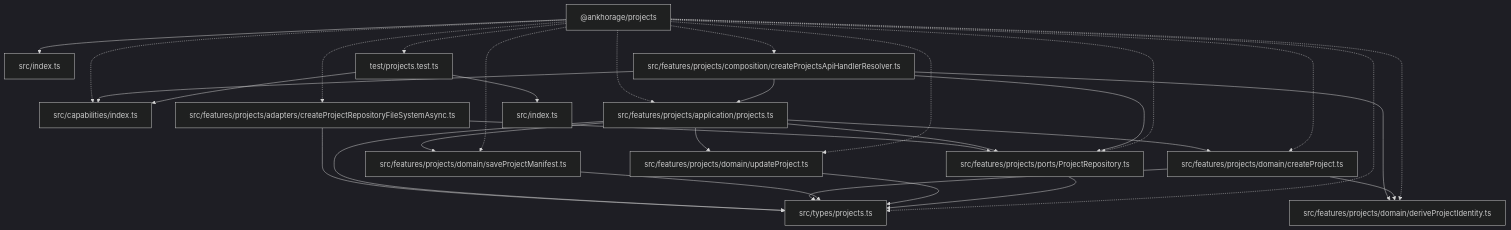
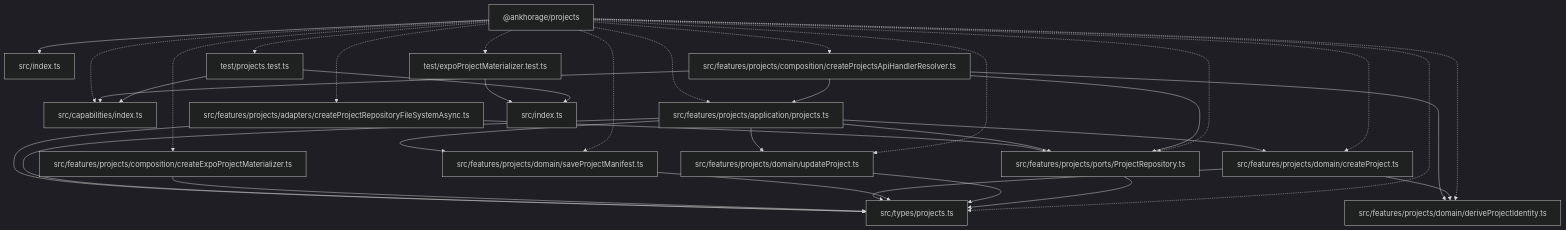
Before and after one commit to ankhorage/projects: the diagram in paradox/diagrams/architecture-overview.mmd, drawn with Mermaid (dark theme). The commit also changed 12 other files, not shown here.

```diff
--- a/paradox/diagrams/architecture-overview.mmd
+++ b/paradox/diagrams/architecture-overview.mmd
@@ -1,45 +1,51 @@
 graph TD
   package__ankhorage_projects["@ankhorage/projects"]
   entrypoint_src_index_ts["src/index.ts"]
   package__ankhorage_projects --> entrypoint_src_index_ts
   module_src_capabilities_index_ts["src/capabilities/index.ts"]
   package__ankhorage_projects -.-> module_src_capabilities_index_ts
   module_src_features_projects_adapters_createProjectRepositoryFileSystemAsync_ts["src/features/projects/adapters/createProjectRepositoryFileSystemAsync.ts"]
   package__ankhorage_projects -.-> module_src_features_projects_adapters_createProjectRepositoryFileSystemAsync_ts
   module_src_features_projects_adapters_createProjectRepositoryFileSystemAsync_ts --> module_src_features_projects_ports_ProjectRepository_ts
   module_src_features_projects_adapters_createProjectRepositoryFileSystemAsync_ts --> module_src_types_projects_ts
   module_src_features_projects_application_projects_ts["src/features/projects/application/projects.ts"]
   package__ankhorage_projects -.-> module_src_features_projects_application_projects_ts
   module_src_features_projects_application_projects_ts --> module_src_features_projects_domain_createProject_ts
   module_src_features_projects_application_projects_ts --> module_src_features_projects_domain_saveProjectManifest_ts
   module_src_features_projects_application_projects_ts --> module_src_features_projects_domain_updateProject_ts
   module_src_features_projects_application_projects_ts --> module_src_features_projects_ports_ProjectRepository_ts
   module_src_features_projects_application_projects_ts --> module_src_types_projects_ts
+  module_src_features_projects_composition_createExpoProjectMaterializer_ts["src/features/projects/composition/createExpoProjectMaterializer.ts"]
+  package__ankhorage_projects -.-> module_src_features_projects_composition_createExpoProjectMaterializer_ts
+  module_src_features_projects_composition_createExpoProjectMaterializer_ts --> module_src_types_projects_ts
   module_src_features_projects_composition_createProjectsApiHandlerResolver_ts["src/features/projects/composition/createProjectsApiHandlerResolver.ts"]
   package__ankhorage_projects -.-> module_src_features_projects_composition_createProjectsApiHandlerResolver_ts
   module_src_features_projects_composition_createProjectsApiHandlerResolver_ts --> module_src_capabilities_index_ts
   module_src_features_projects_composition_createProjectsApiHandlerResolver_ts --> module_src_features_projects_application_projects_ts
   module_src_features_projects_composition_createProjectsApiHandlerResolver_ts --> module_src_features_projects_domain_deriveProjectIdentity_ts
   module_src_features_projects_composition_createProjectsApiHandlerResolver_ts --> module_src_features_projects_ports_ProjectRepository_ts
   module_src_features_projects_domain_createProject_ts["src/features/projects/domain/createProject.ts"]
   package__ankhorage_projects -.-> module_src_features_projects_domain_createProject_ts
   module_src_features_projects_domain_createProject_ts --> module_src_features_projects_domain_deriveProjectIdentity_ts
   module_src_features_projects_domain_createProject_ts --> module_src_types_projects_ts
   module_src_features_projects_domain_deriveProjectIdentity_ts["src/features/projects/domain/deriveProjectIdentity.ts"]
   package__ankhorage_projects -.-> module_src_features_projects_domain_deriveProjectIdentity_ts
   module_src_features_projects_domain_saveProjectManifest_ts["src/features/projects/domain/saveProjectManifest.ts"]
   package__ankhorage_projects -.-> module_src_features_projects_domain_saveProjectManifest_ts
   module_src_features_projects_domain_saveProjectManifest_ts --> module_src_types_projects_ts
   module_src_features_projects_domain_updateProject_ts["src/features/projects/domain/updateProject.ts"]
   package__ankhorage_projects -.-> module_src_features_projects_domain_updateProject_ts
   module_src_features_projects_domain_updateProject_ts --> module_src_types_projects_ts
   module_src_features_projects_ports_ProjectRepository_ts["src/features/projects/ports/ProjectRepository.ts"]
   package__ankhorage_projects -.-> module_src_features_projects_ports_ProjectRepository_ts
   module_src_features_projects_ports_ProjectRepository_ts --> module_src_types_projects_ts
   module_src_index_ts["src/index.ts"]
   module_src_types_projects_ts["src/types/projects.ts"]
   package__ankhorage_projects -.-> module_src_types_projects_ts
+  module_test_expoProjectMaterializer_test_ts["test/expoProjectMaterializer.test.ts"]
+  package__ankhorage_projects -.-> module_test_expoProjectMaterializer_test_ts
+  module_test_expoProjectMaterializer_test_ts --> module_src_index_ts
   module_test_projects_test_ts["test/projects.test.ts"]
   package__ankhorage_projects -.-> module_test_projects_test_ts
   module_test_projects_test_ts --> module_src_capabilities_index_ts
   module_test_projects_test_ts --> module_src_index_ts
```
